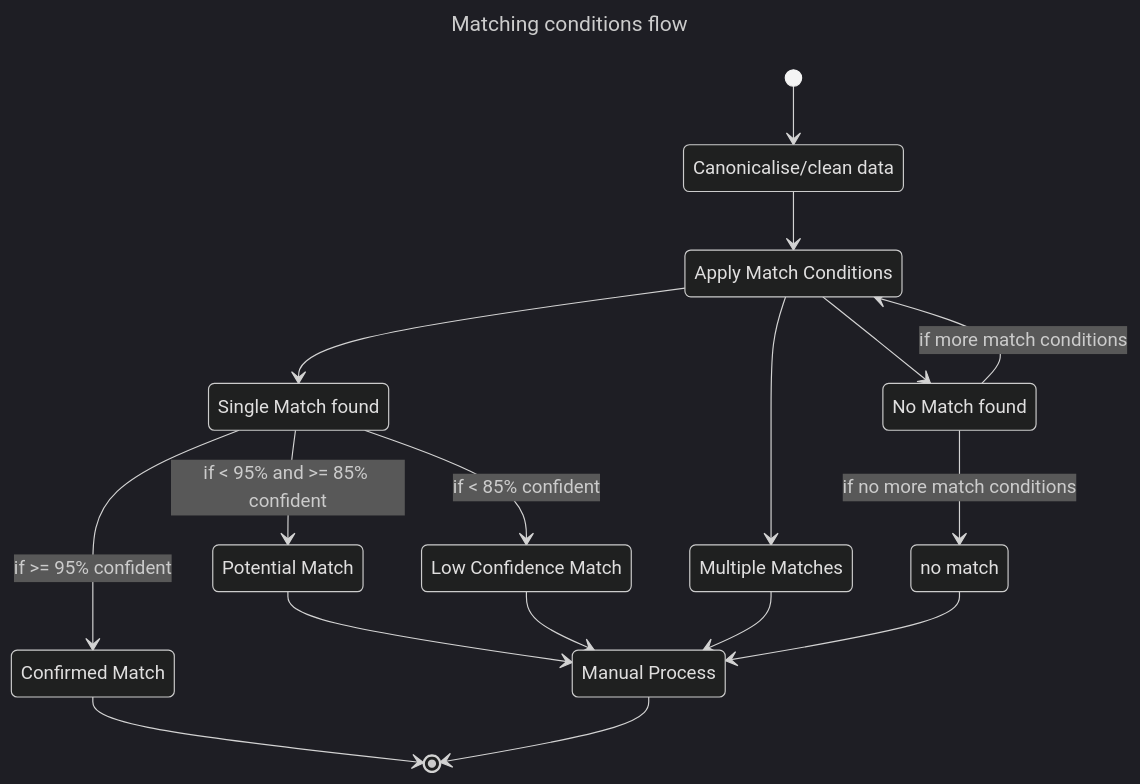
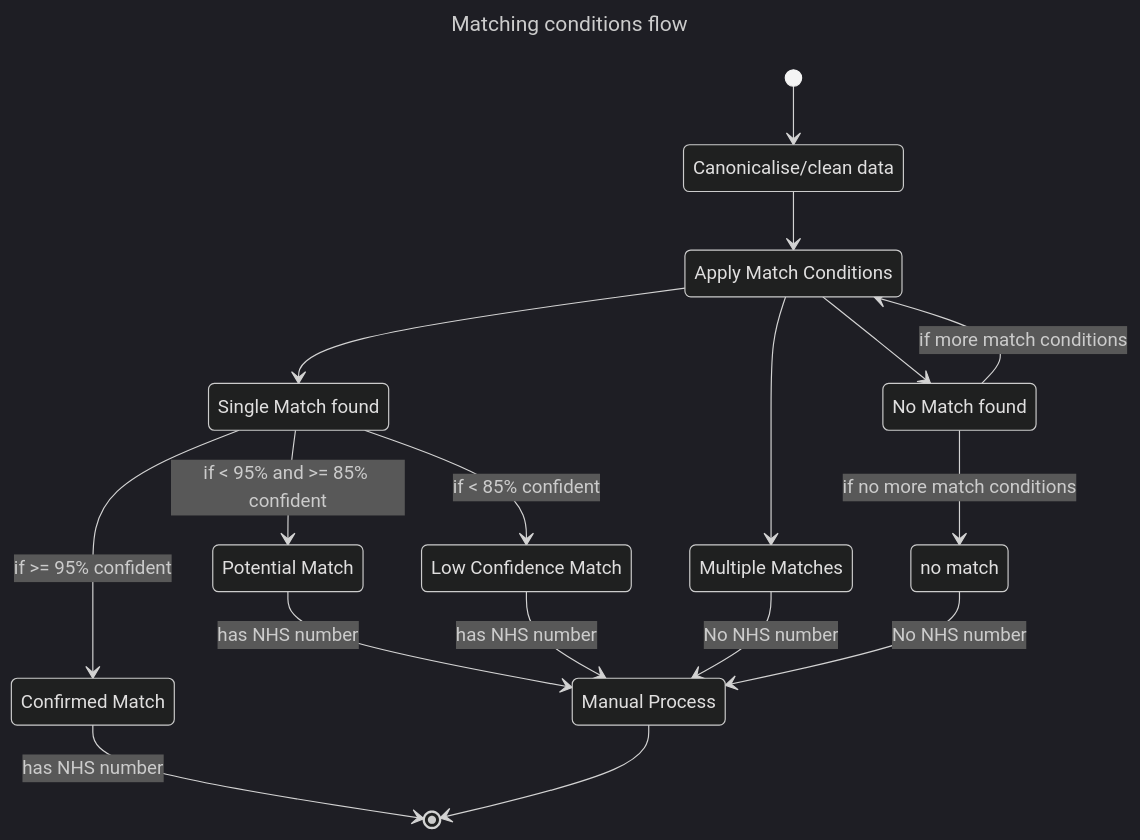
The fourth of 4 diagrams in documentation/docs/architecture.md (DFE-Digital/SUI_Matcher), drawn with Mermaid (dark theme) before and after one commit.

Commit message:
docs: Update architecture.md show nhs number

````diff
--- a/documentation/docs/architecture.md
+++ b/documentation/docs/architecture.md
@@ -271,33 +271,33 @@
 ```mermaid
 ---
 title: Matching conditions flow
 ---
 stateDiagram-v2
     clean: Canonicalise/clean data
     apply_match_conditions: Apply Match Conditions
     if_single_match: Single Match found
     if_no_match_state: No Match found
     confirmed_match: Confirmed Match
     potential_match: Potential Match
     low_confidence_match: Low Confidence Match
     no_match: no match
     manual_process: Manual Process
     multiple_match: Multiple Matches
     [*] --> clean
     clean --> apply_match_conditions
     apply_match_conditions --> if_single_match
     apply_match_conditions --> multiple_match
-    multiple_match --> manual_process
+    multiple_match --> manual_process: No NHS number
     if_single_match --> confirmed_match: if >= 95% confident
     if_single_match --> potential_match: if < 95% and >= 85% confident
     if_single_match --> low_confidence_match: if < 85% confident
-    confirmed_match --> [*]
-    potential_match --> manual_process
-    low_confidence_match --> manual_process
+    confirmed_match --> [*]: has NHS number
+    potential_match --> manual_process: has NHS number
+    low_confidence_match --> manual_process: has NHS number
     apply_match_conditions --> if_no_match_state
     if_no_match_state --> apply_match_conditions: if more match conditions
     if_no_match_state --> no_match: if no more match conditions
-    no_match --> manual_process
+    no_match --> manual_process: No NHS number
     manual_process --> [*]
 
 ```
````
